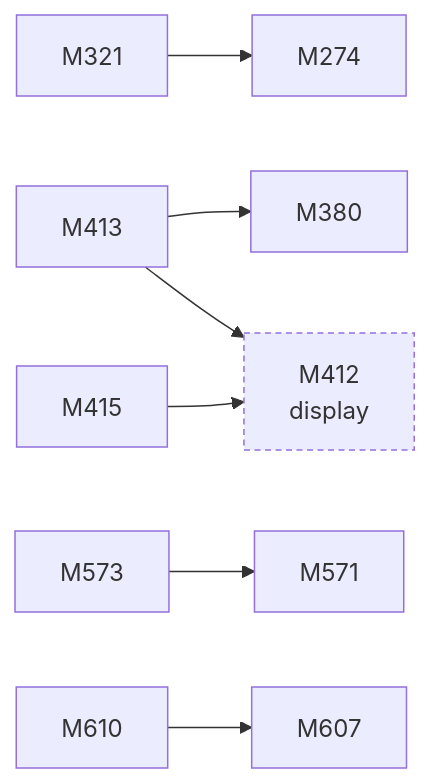
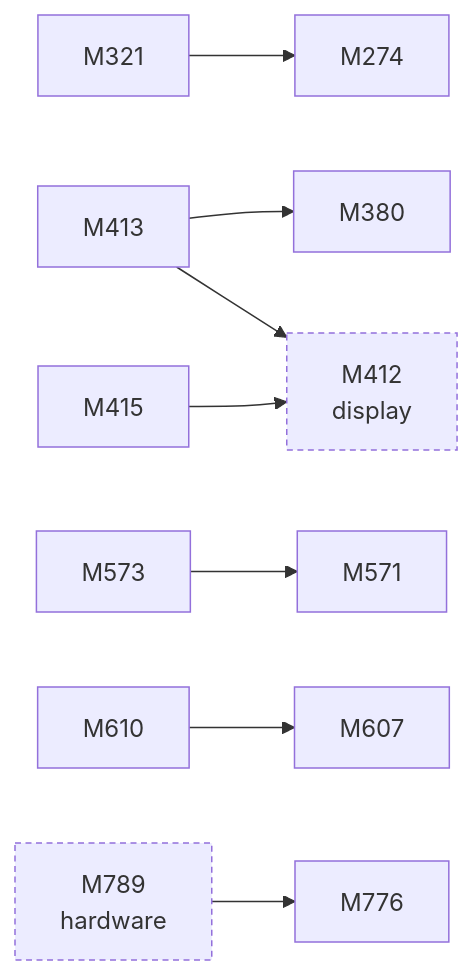
The diagram in docs/facts/graphs/games.md (D-Ogi/amdgpu-wddm), drawn with Mermaid before and after one commit. The commit also changed 40 other files, not shown here.

````diff
--- a/docs/facts/graphs/games.md
+++ b/docs/facts/graphs/games.md
@@ -13,21 +13,24 @@
 ```mermaid
 flowchart LR
   M274["M274"]
   M321["M321"]
   M380["M380"]
   M412["M412<br/>display"]
   M413["M413"]
   M415["M415"]
   M571["M571"]
   M573["M573"]
   M607["M607"]
   M610["M610"]
+  M776["M776"]
+  M789["M789<br/>hardware"]
+  M789 --> M776
   M321 --> M274
   M413 --> M380
   M413 --> M412
   M415 --> M412
   M573 --> M571
   M610 --> M607
   classDef other stroke-dasharray:4 3
-  class M412 other
+  class M412,M789 other
 ```
````
